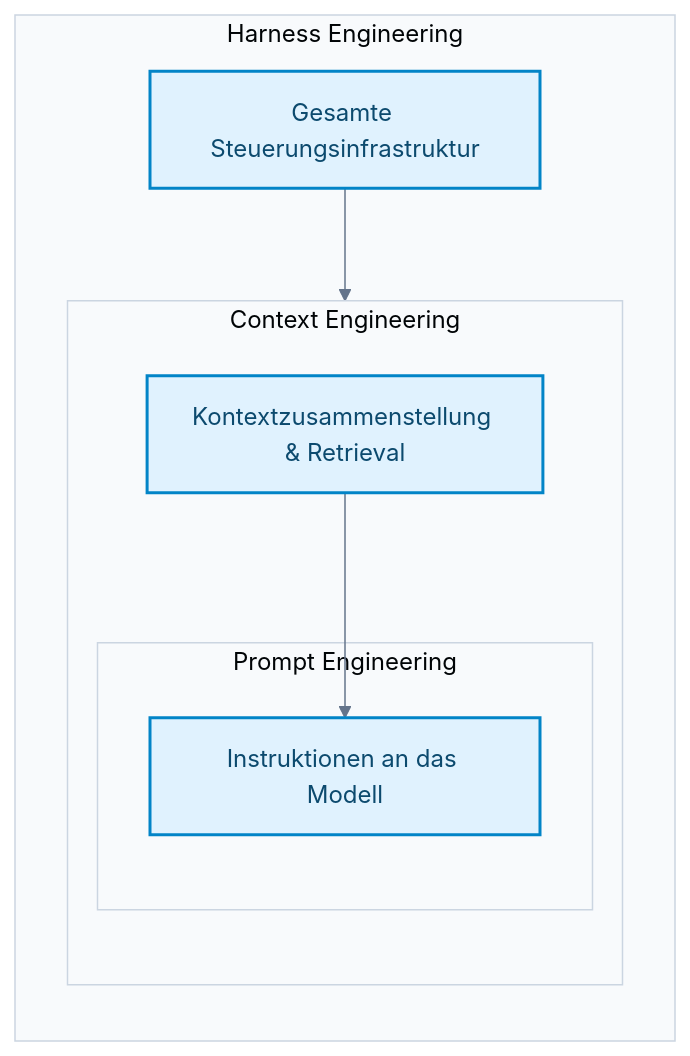
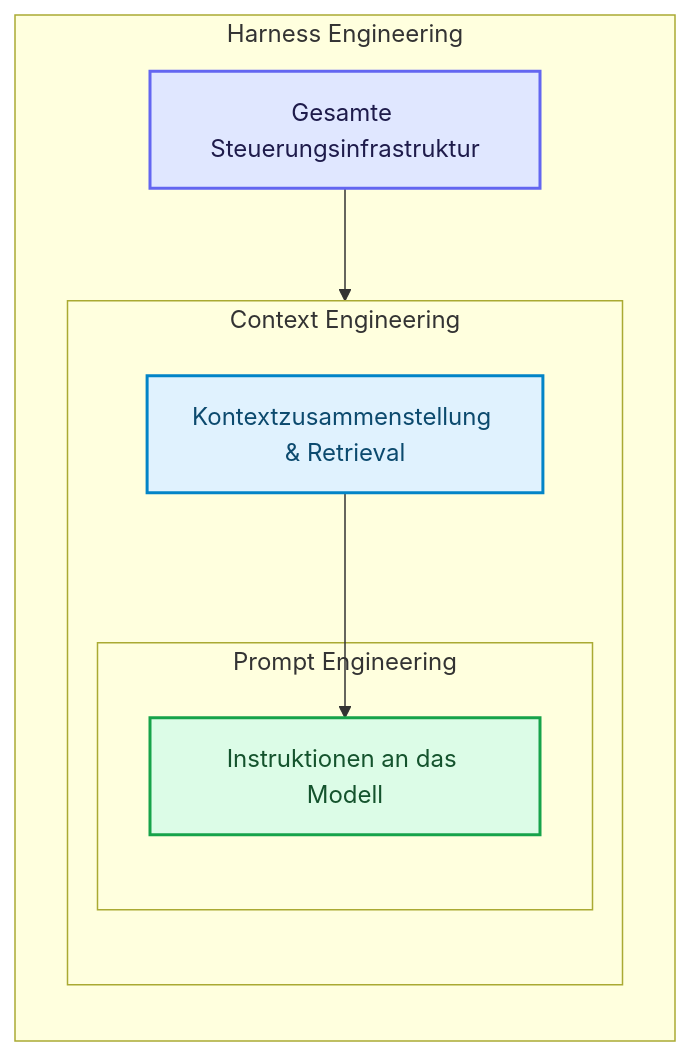
Before and after one commit to ralf-42/GenAI: diagram 12 of 12 in docs/08-agenten/agent-architekturen.md, drawn with Mermaid. The commit also changed other lines of this file and 50 other files, not shown here.

````diff
--- a/docs/08-agenten/agent-architekturen.md
+++ b/docs/08-agenten/agent-architekturen.md
@@ -630,40 +495,29 @@
 ```mermaid
----
-config:
-  theme: base
-  look: classic
-  themeVariables:
-    primaryColor: '#e0f2fe'
-    primaryBorderColor: '#0284c7'
-    primaryTextColor: '#1e293b'
-    lineColor: '#64748b'
-    clusterBkg: '#f8fafc'
-    clusterBorder: '#cbd5e1'
-    noteBkgColor: '#fef3c7'
-    noteBorderColor: '#d97706'
-    noteTextColor: '#78350f'
-    edgeLabelBackground: '#ffffff'
----
-
 flowchart TB
     subgraph Harness["Harness Engineering"]
         direction TB
         H_Info["Gesamte Steuerungsinfrastruktur"]
 
         subgraph Context["Context Engineering"]
             direction TB
             C_Info["Kontextzusammenstellung & Retrieval"]
 
             subgraph Prompt["Prompt Engineering"]
                 P_Info["Instruktionen an das Modell"]
             end
 
             C_Info --> P_Info
         end
 
         H_Info --> C_Info
     end
 
 %% Funktionsfarben nach Mermaid_Best_Practices.md
-classDef default fill:#e0f2fe,stroke:#0284c7,stroke-width:2px,color:#0c4a6e;
+
+    classDef default fill:#e0f2fe,stroke:#0284c7,stroke-width:2px,color:#0c4a6e;
+    classDef input fill:#e0e7ff,stroke:#6366f1,stroke-width:2px,color:#1e1b4b;
+    classDef output fill:#dcfce7,stroke:#16a34a,stroke-width:2px,color:#14532d;
+
+    class H_Info input;
+    class P_Info output;
 ```
````
